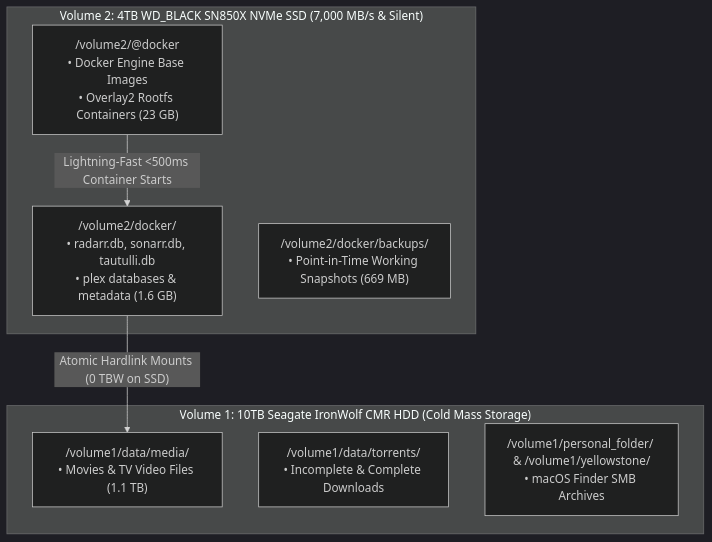
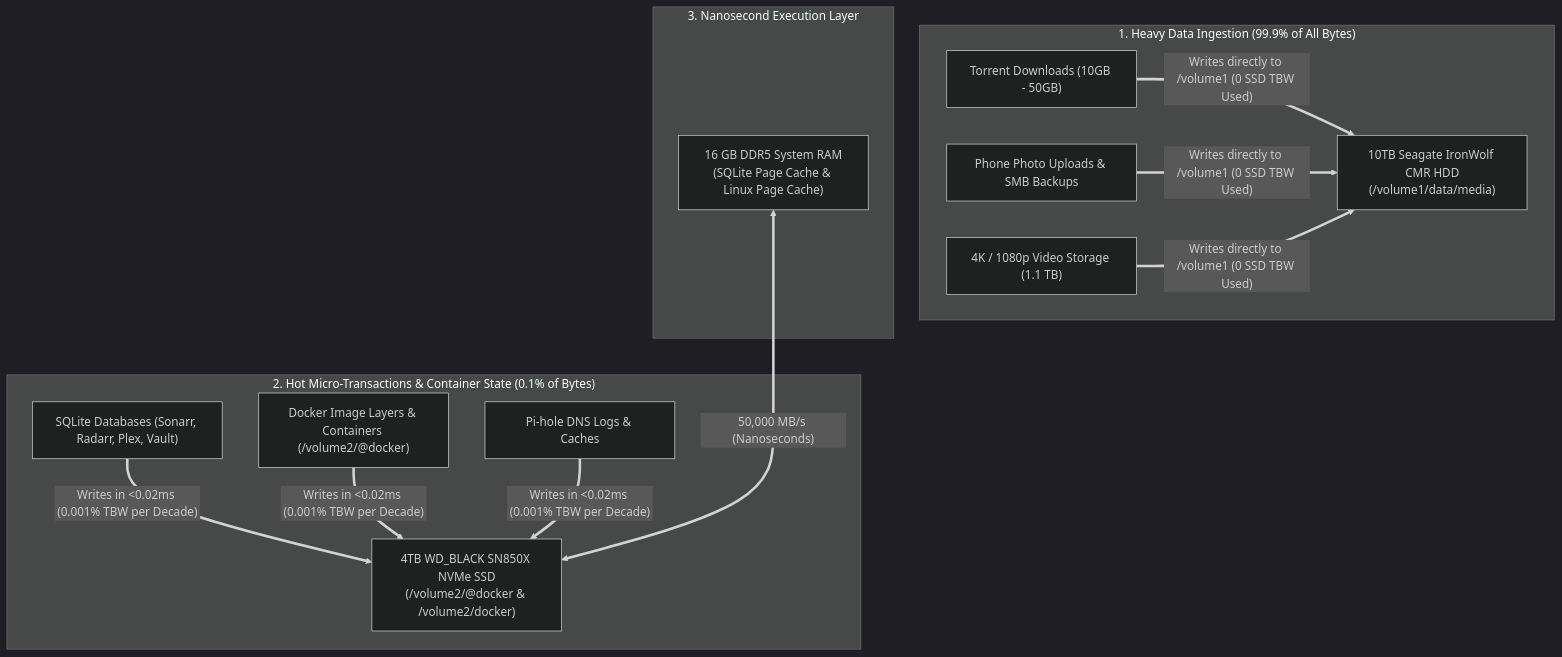
Before and after one commit to deepshah08/Learning: the diagram in ugreen_nas/STORAGE_TIERING_AND_NVME_ARCHITECTURE.md, drawn with Mermaid (dark theme). The commit also changed other lines of this file and 1 other file, not shown here.

Commit message:
docs: finalize master hardware inventory, storage tiering physics, TBW mathematical proofs, and HA DNS runbooks

````diff
--- a/ugreen_nas/STORAGE_TIERING_AND_NVME_ARCHITECTURE.md
+++ b/ugreen_nas/STORAGE_TIERING_AND_NVME_ARCHITECTURE.md
@@ -14,17 +14,22 @@
 ```mermaid
 flowchart TD
-    subgraph NVMe["Volume 2: 4TB WD_BLACK SN850X NVMe SSD (7,000 MB/s & Silent)"]
-        DockerRoot["/volume2/@docker\n• Docker Engine Base Images\n• Overlay2 Rootfs Containers (23 GB)"]
-        AppConfigs["/volume2/docker/\n• radarr.db, sonarr.db, tautulli.db\n• plex databases & metadata (1.6 GB)"]
-        Snapshots["/volume2/docker/backups/\n• Point-in-Time Working Snapshots (669 MB)"]
+    subgraph Heavy["1. Heavy Data Ingestion (99.9% of All Bytes)"]
+        Torrents["Torrent Downloads (10GB - 50GB)"]
+        Photos["Phone Photo Uploads & SMB Backups"]
+        Media["4K / 1080p Video Storage (1.1 TB)"]
+        Torrents & Photos & Media ==>|"Writes directly to /volume1 (0 SSD TBW Used)"| HDD["10TB Seagate IronWolf CMR HDD\n(/volume1/data/media)"]
     end
 
-    subgraph CMR["Volume 1: 10TB Seagate IronWolf CMR HDD (Cold Mass Storage)"]
-        MediaFiles["/volume1/data/media/\n• Movies & TV Video Files (1.1 TB)"]
-        Torrents["/volume1/data/torrents/\n• Incomplete & Complete Downloads"]
-        PersonalShares["/volume1/personal_folder/ & /volume1/yellowstone/\n• macOS Finder SMB Archives"]
+    subgraph Hot["2. Hot Micro-Transactions & Container State (0.1% of Bytes)"]
+        DB["SQLite Databases (Sonarr, Radarr, Plex, Vault)"]
+        Docker["Docker Image Layers & Containers (/volume2/@docker)"]
+        PiHole["Pi-hole DNS Logs & Caches"]
+        DB & Docker & PiHole ==>|"Writes in <0.02ms (0.001% TBW per Decade)"| NVMe["4TB WD_BLACK SN850X NVMe SSD\n(/volume2/@docker & /volume2/docker)"]
     end
 
-    DockerRoot -->|"Lightning-Fast <500ms Container Starts"| AppConfigs
-    AppConfigs -->|"Atomic Hardlink Mounts (0 TBW on SSD)"| MediaFiles
+    subgraph Memory["3. Nanosecond Execution Layer"]
+        RAM["16 GB DDR5 System RAM\n(SQLite Page Cache & Linux Page Cache)"]
+    end
+
+    RAM <===>|"50,000 MB/s (Nanoseconds)"| NVMe
 ```
````
